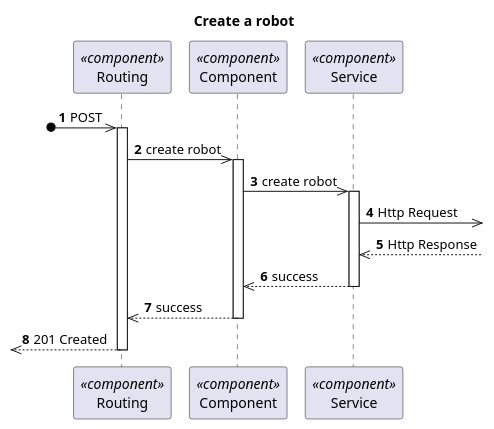
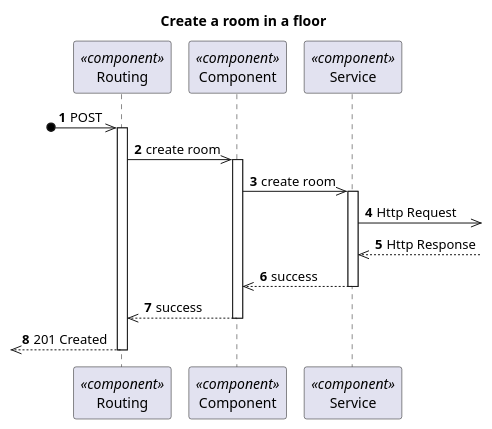
One commit to 1210910/lapr5 changed the diagram in docs/VistaProcesso/US310/Visualization/ProcessView_Level3_US310.puml. Above: the diagram before and after it, drawn with PlantUML. The commit also changed 1 other file, not shown here.

```diff
--- a/docs/VistaProcesso/US310/Visualization/ProcessView_Level3_US310.puml
+++ b/docs/VistaProcesso/US310/Visualization/ProcessView_Level3_US310.puml
@@ -1,32 +1,32 @@
 @startuml Process View - Level 3
 
 autonumber
 skinparam packageStyle rect
 
-title Create a robot
+title Create a room in a floor
 
 participant "Routing" as routing <<component>>
 participant "Component" as comp <<component>>
 participant "Service" as service <<component>>
 
 ?o->> routing : POST
 activate routing
-routing ->> comp : create robot
+routing ->> comp : create room
 
 activate comp
-comp ->> service : create robot
+comp ->> service : create room
 
 activate service
 service ->> : Http Request
 service <<-- : Http Response
 
 service -->> comp : success
 deactivate service
 
 comp -->> routing : success
 deactivate comp
 
 ?o<<-- routing : 201 Created
 deactivate routing
 
 @enduml
```
